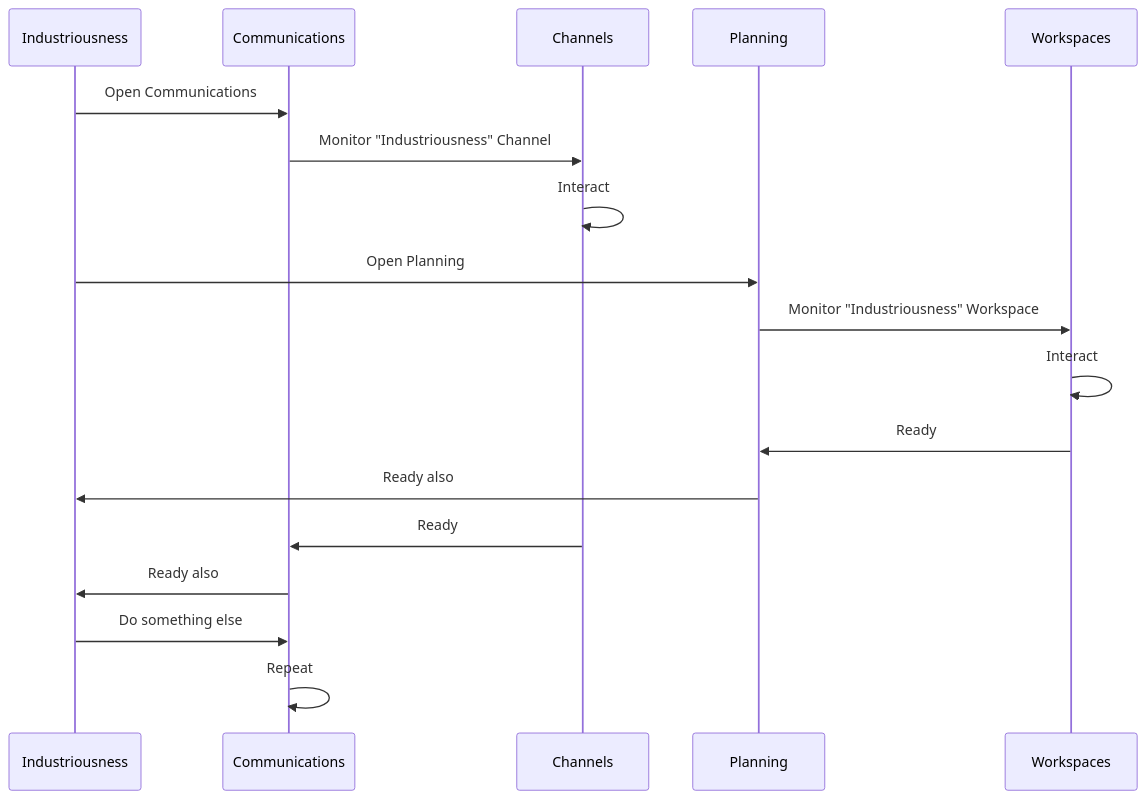
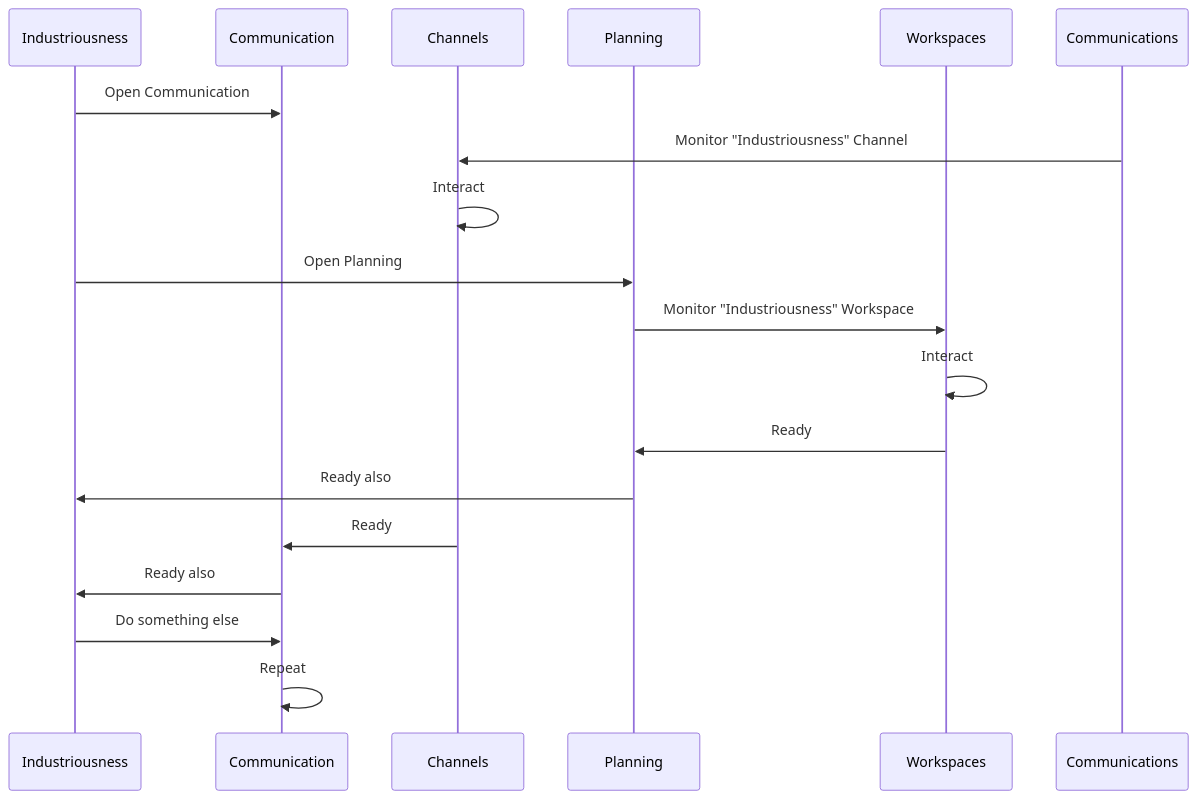
Before and after one commit to vanHeemstraSystems/industriousness: the second of 2 diagrams in 300/README.md, drawn with Mermaid. The commit also changed other lines of this file, not shown here.

````diff
--- a/300/README.md
+++ b/300/README.md
@@ -21,20 +21,20 @@
 ```mermaid
 sequenceDiagram
     participant Industriousness
-    participant Communications
+    participant Communication
     participant Channels
     participant Planning
     participant Workspaces
-    Industriousness->>Communications: Open Communications
+    Industriousness->>Communication: Open Communication
     Communications->>Channels: Monitor "Industriousness" Channel
     Channels->>Channels: Interact
     Industriousness->>Planning: Open Planning
     Planning->>Workspaces: Monitor "Industriousness" Workspace
     Workspaces->>Workspaces: Interact
     Workspaces->>Planning: Ready
     Planning->>Industriousness: Ready also
-    Channels->>Communications: Ready
-    Communications->>Industriousness: Ready also
-    Industriousness->>Communications: Do something else
-    Communications->>Communications: Repeat
+    Channels->>Communication: Ready
+    Communication->>Industriousness: Ready also
+    Industriousness->>Communication: Do something else
+    Communication->>Communication: Repeat
 ```
````
